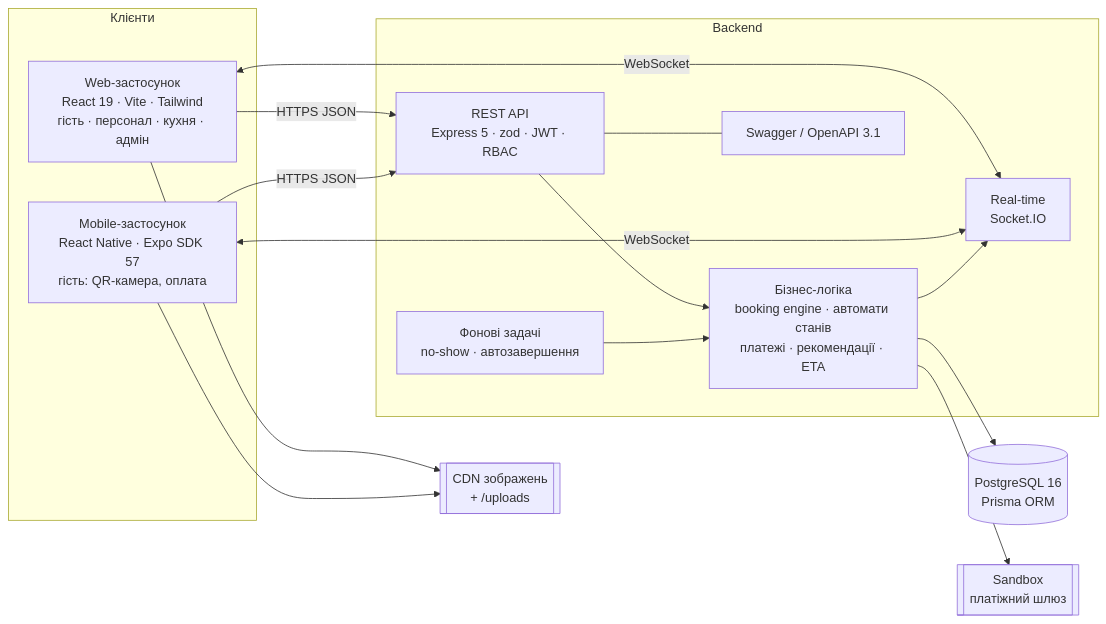
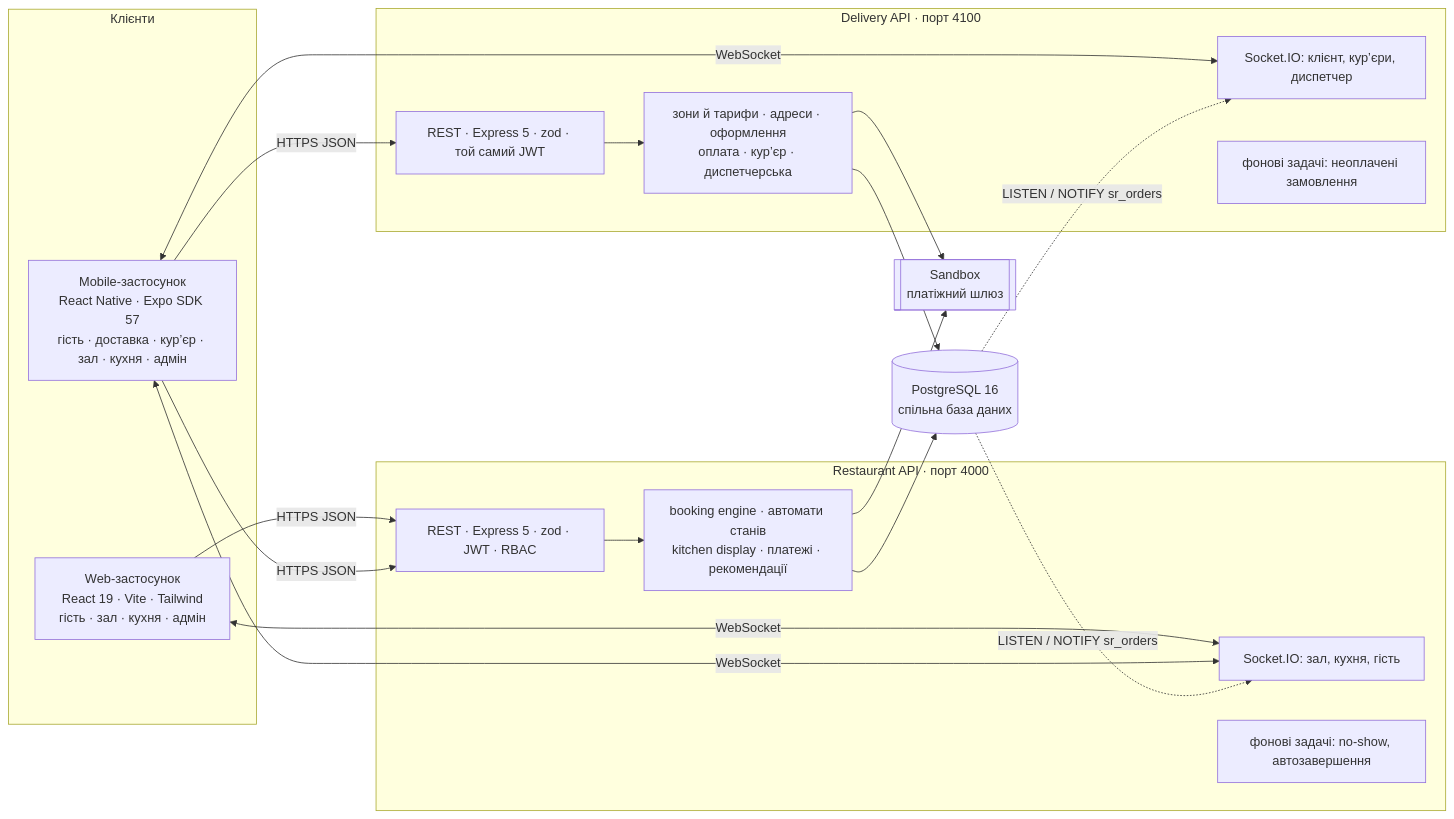
The first of 3 diagrams in docs/04-architecture.md (OMykhantso/SMART-RESTAURANT), drawn with Mermaid before and after one commit. The commit also changed other lines of this file and 88 other files, not shown here.

````diff
--- a/docs/04-architecture.md
+++ b/docs/04-architecture.md
@@ -5,29 +5,34 @@
 ```mermaid
 flowchart LR
     subgraph Clients[Клієнти]
-      W[Web-застосунок<br/>React 19 · Vite · Tailwind<br/>гість · персонал · кухня · адмін]
-      M[Mobile-застосунок<br/>React Native · Expo SDK 57<br/>гість: QR-камера, оплата]
+      W[Web-застосунок<br/>React 19 · Vite · Tailwind<br/>гість · зал · кухня · адмін]
+      M[Mobile-застосунок<br/>React Native · Expo SDK 57<br/>гість · доставка · курʼєр · зал · кухня · адмін]
     end
-    subgraph Server[Backend]
-      API[REST API<br/>Express 5 · zod · JWT · RBAC]
-      BL[Бізнес-логіка<br/>booking engine · автомати станів<br/>платежі · рекомендації · ETA]
-      RT[Real-time<br/>Socket.IO]
-      JOB[Фонові задачі<br/>no-show · автозавершення]
-      DOC[Swagger / OpenAPI 3.1]
+    subgraph R[Restaurant API · порт 4000]
+      RAPI[REST · Express 5 · zod · JWT · RBAC]
+      RBL[booking engine · автомати станів<br/>kitchen display · платежі · рекомендації]
+      RRT[Socket.IO: зал, кухня, гість]
+      RJOB[фонові задачі: no-show, автозавершення]
     end
-    DB[(PostgreSQL 16<br/>Prisma ORM)]
+    subgraph D[Delivery API · порт 4100]
+      DAPI[REST · Express 5 · zod · той самий JWT]
+      DBL[зони й тарифи · адреси · оформлення<br/>оплата · курʼєр · диспетчерська]
+      DRT[Socket.IO: клієнт, курʼєри, диспетчер]
+      DJOB[фонові задачі: неоплачені замовлення]
+    end
+    DB[(PostgreSQL 16<br/>спільна база даних)]
     PAY[[Sandbox<br/>платіжний шлюз]]
-    IMG[[CDN зображень<br/>+ /uploads]]
 
-    W -- HTTPS JSON --> API
-    M -- HTTPS JSON --> API
-    W <-- WebSocket --> RT
-    M <-- WebSocket --> RT
-    API --> BL --> DB
-    BL --> RT
-    JOB --> BL
-    BL --> PAY
-    W --> IMG
-    M --> IMG
-    API --- DOC
+    W -- HTTPS JSON --> RAPI
+    M -- HTTPS JSON --> RAPI
+    M -- HTTPS JSON --> DAPI
+    W <-- WebSocket --> RRT
+    M <-- WebSocket --> RRT
+    M <-- WebSocket --> DRT
+    RAPI --> RBL --> DB
+    DAPI --> DBL --> DB
+    RBL --> PAY
+    DBL --> PAY
+    DB -. LISTEN / NOTIFY sr_orders .-> RRT
+    DB -. LISTEN / NOTIFY sr_orders .-> DRT
 ```
````
